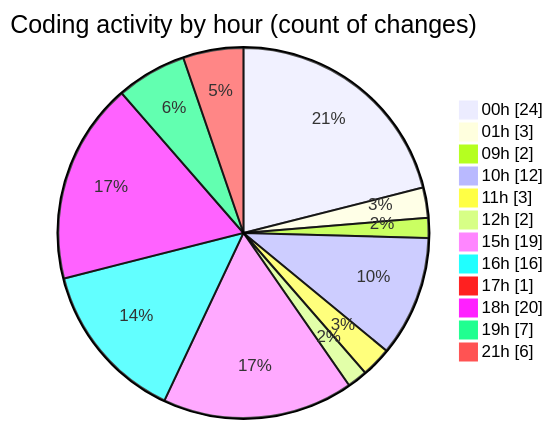
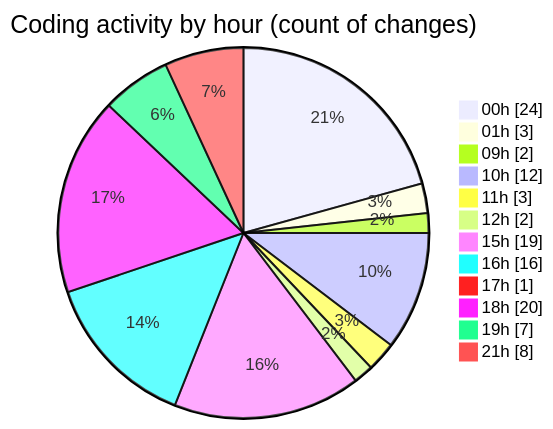
The second of 2 diagrams in 2025-11-24/eventscop-frontend-guide__workspace_/README.md (julien-gomy/code-tracking), drawn with Mermaid before and after one commit. The commit also changed other lines of this file and 1 other file, not shown here.

````diff
--- a/2025-11-24/eventscop-frontend-guide__workspace_/README.md
+++ b/2025-11-24/eventscop-frontend-guide__workspace_/README.md
@@ -56,16 +56,16 @@
 ```mermaid
 pie showData
 title Coding activity by hour (count of changes)
 "00h" : 24
 "01h" : 3
 "09h" : 2
 "10h" : 12
 "11h" : 3
 "12h" : 2
 "15h" : 19
 "16h" : 16
 "17h" : 1
 "18h" : 20
 "19h" : 7
-"21h" : 6
+"21h" : 8
 ```
````
